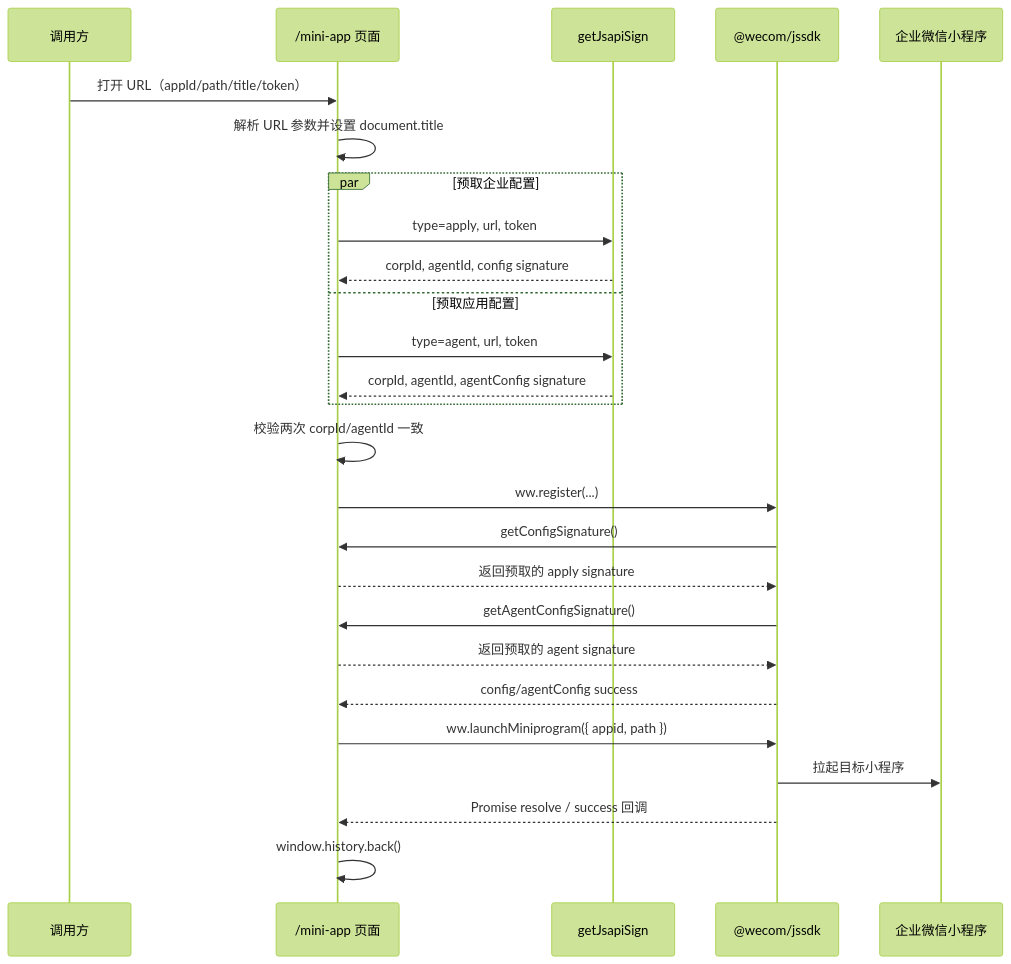
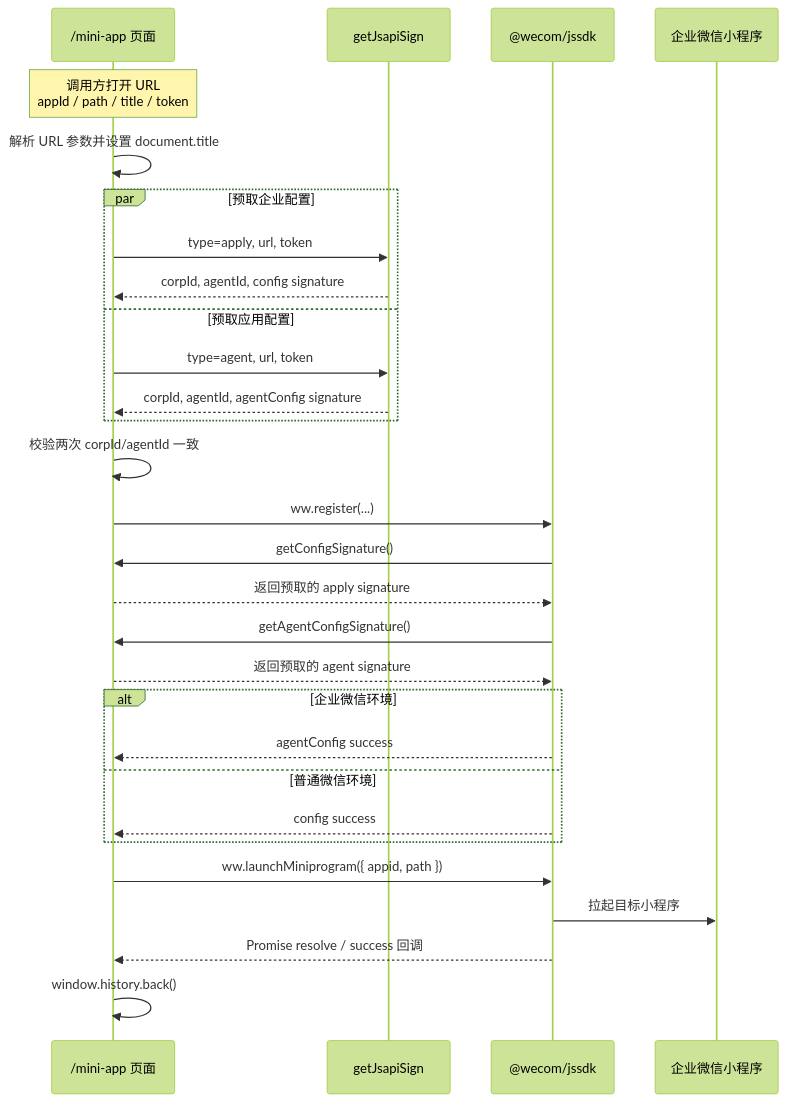
Before and after one commit to JYuYuan/digitalgarden: the diagram in src/site/notes/02-Web端项目/knowledge-map.md, drawn with Mermaid (forest theme). The commit also changed other lines of this file and 50 other files, not shown here.

````diff
--- a/src/site/notes/02-Web端项目/knowledge-map.md
+++ b/src/site/notes/02-Web端项目/knowledge-map.md
@@ -159,29 +164,32 @@
 ```mermaid
 sequenceDiagram
-    participant Caller as 调用方
     participant Page as /mini-app 页面
     participant Sign as getJsapiSign
     participant SDK as @wecom/jssdk
     participant Mini as 企业微信小程序
 
-    Caller->>Page: 打开 URL（appId/path/title/token）
+    Note over Page: 调用方打开 URL<br/>appId / path / title / token
     Page->>Page: 解析 URL 参数并设置 document.title
     par 预取企业配置
         Page->>Sign: type=apply, url, token
         Sign-->>Page: corpId, agentId, config signature
     and 预取应用配置
         Page->>Sign: type=agent, url, token
         Sign-->>Page: corpId, agentId, agentConfig signature
     end
     Page->>Page: 校验两次 corpId/agentId 一致
     Page->>SDK: ww.register(...)
     SDK->>Page: getConfigSignature()
     Page-->>SDK: 返回预取的 apply signature
     SDK->>Page: getAgentConfigSignature()
     Page-->>SDK: 返回预取的 agent signature
-    SDK-->>Page: config/agentConfig success
+    alt 企业微信环境
+        SDK-->>Page: agentConfig success
+    else 普通微信环境
+        SDK-->>Page: config success
+    end
     Page->>SDK: ww.launchMiniprogram({ appid, path })
     SDK->>Mini: 拉起目标小程序
     SDK-->>Page: Promise resolve / success 回调
     Page->>Page: window.history.back()
 ```
````
